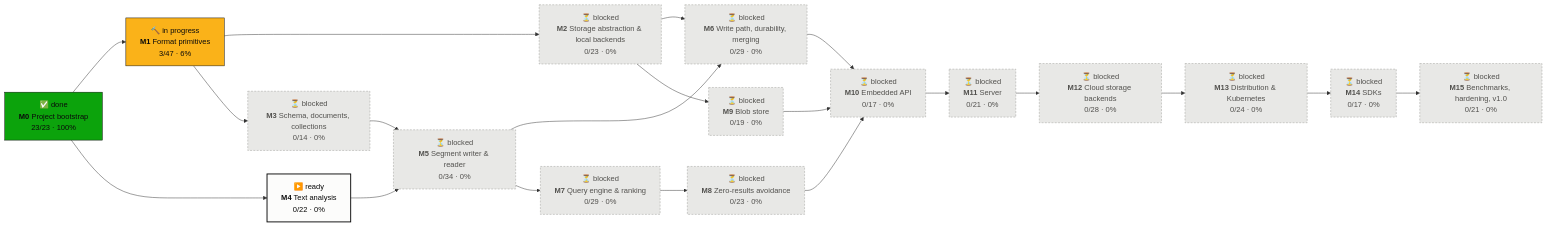
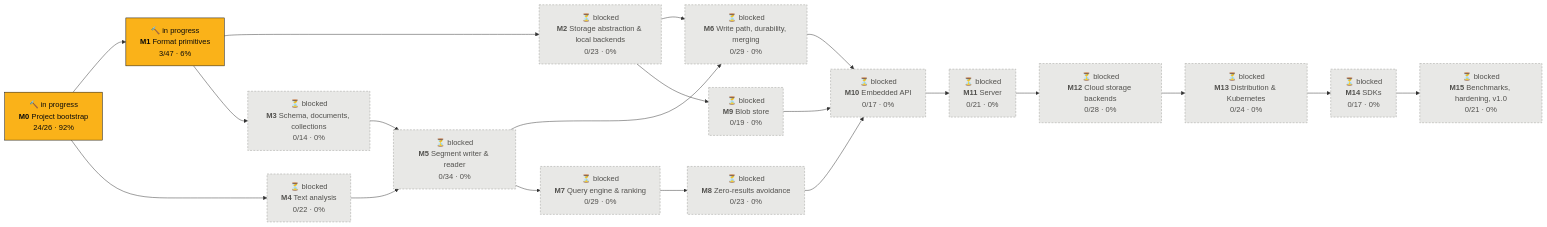
The first of 2 diagrams in PROGRESS.md (tomiok/persiaDB), drawn with Mermaid before and after one commit. The commit also changed other lines of this file and 16 other files, not shown here.

Commit message:
chore(xtask): port check-deps to Rust (cargo xtask check-deps), drop Python version (ROADMAP 0.5.1)

````diff
--- a/PROGRESS.md
+++ b/PROGRESS.md
@@ -14,42 +14,42 @@
 ```mermaid
 flowchart LR
-  M0["✅ done<br/><b>M0</b> Project bootstrap<br/>23/23 · 100%"]:::done
+  M0["🔨 in progress<br/><b>M0</b> Project bootstrap<br/>24/26 · 92%"]:::doing
   M1["🔨 in progress<br/><b>M1</b> Format primitives<br/>3/47 · 6%"]:::doing
   M2["⏳ blocked<br/><b>M2</b> Storage abstraction & local backends<br/>0/23 · 0%"]:::blocked
   M3["⏳ blocked<br/><b>M3</b> Schema, documents, collections<br/>0/14 · 0%"]:::blocked
-  M4["▶️ ready<br/><b>M4</b> Text analysis<br/>0/22 · 0%"]:::ready
+  M4["⏳ blocked<br/><b>M4</b> Text analysis<br/>0/22 · 0%"]:::blocked
   M5["⏳ blocked<br/><b>M5</b> Segment writer & reader<br/>0/34 · 0%"]:::blocked
   M6["⏳ blocked<br/><b>M6</b> Write path, durability, merging<br/>0/29 · 0%"]:::blocked
   M7["⏳ blocked<br/><b>M7</b> Query engine & ranking<br/>0/29 · 0%"]:::blocked
   M8["⏳ blocked<br/><b>M8</b> Zero-results avoidance<br/>0/23 · 0%"]:::blocked
   M9["⏳ blocked<br/><b>M9</b> Blob store<br/>0/19 · 0%"]:::blocked
   M10["⏳ blocked<br/><b>M10</b> Embedded API<br/>0/17 · 0%"]:::blocked
   M11["⏳ blocked<br/><b>M11</b> Server<br/>0/21 · 0%"]:::blocked
   M12["⏳ blocked<br/><b>M12</b> Cloud storage backends<br/>0/28 · 0%"]:::blocked
   M13["⏳ blocked<br/><b>M13</b> Distribution & Kubernetes<br/>0/24 · 0%"]:::blocked
   M14["⏳ blocked<br/><b>M14</b> SDKs<br/>0/17 · 0%"]:::blocked
   M15["⏳ blocked<br/><b>M15</b> Benchmarks, hardening, v1.0<br/>0/21 · 0%"]:::blocked
   M0 --> M1
   M1 --> M2
   M1 --> M3
   M0 --> M4
   M3 --> M5
   M4 --> M5
   M2 --> M6
   M5 --> M6
   M5 --> M7
   M7 --> M8
   M2 --> M9
   M6 --> M10
   M8 --> M10
   M9 --> M10
   M10 --> M11
   M11 --> M12
   M12 --> M13
   M13 --> M14
   M14 --> M15
   classDef done fill:#0ca30c,stroke:#0b0b0b,color:#0b0b0b
   classDef doing fill:#fab219,stroke:#0b0b0b,color:#0b0b0b
   classDef ready fill:#fcfcfb,stroke:#0b0b0b,stroke-width:2px,color:#0b0b0b
   classDef blocked fill:#e8e8e6,stroke:#9a9a96,stroke-dasharray:4 3,color:#52514e
 ```
````
